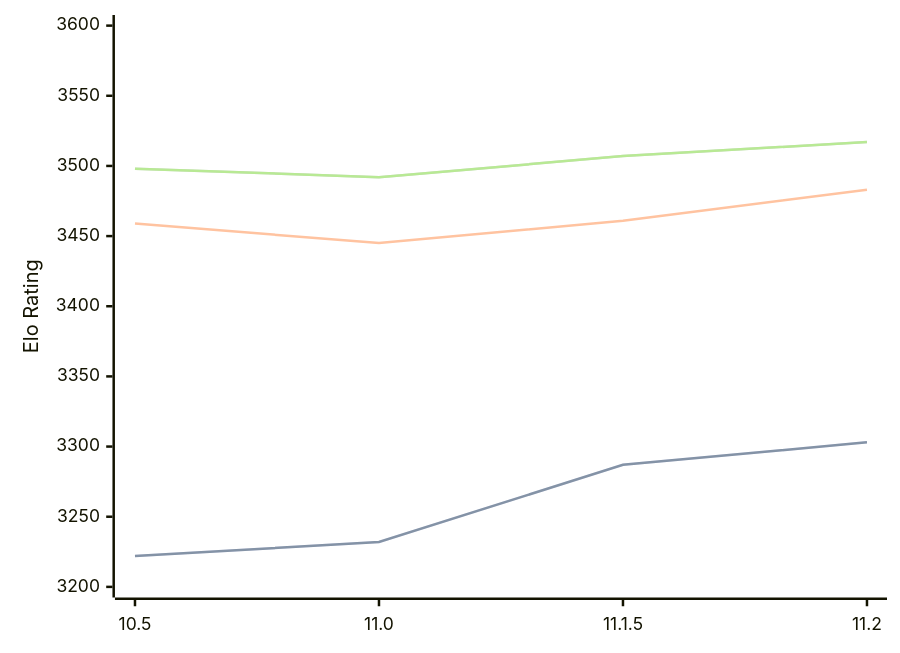
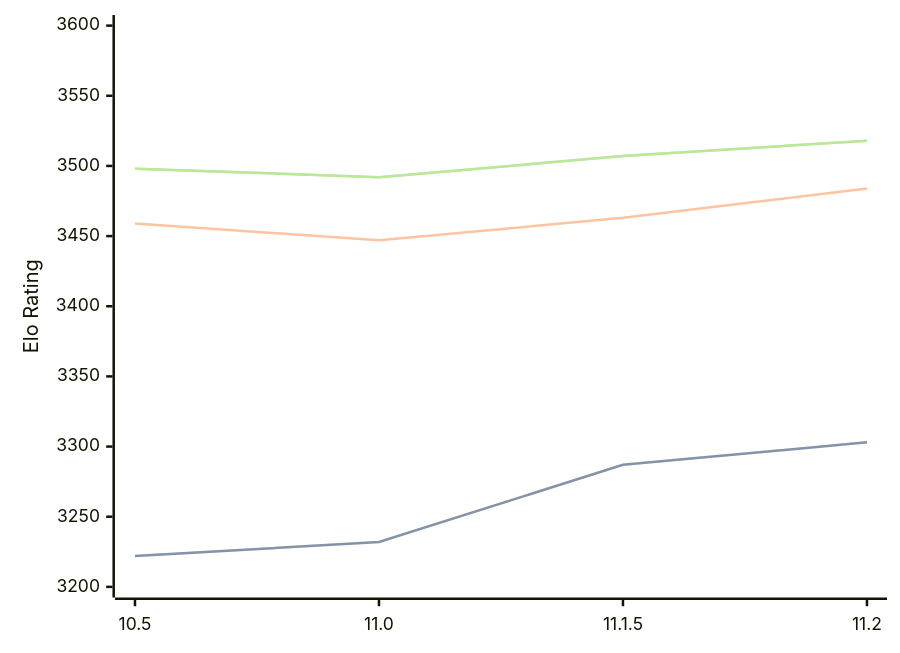
The diagram in engines/Lizard.md (computer-chess-index/cci), drawn with Mermaid before and after one commit. The commit also changed other lines of this file, not shown here.

Commit message:
Update CCI Ratings (ELO VLTC) - 2026-08-29

````diff
--- a/engines/Lizard.md
+++ b/engines/Lizard.md
@@ -34,11 +34,11 @@
 ```mermaid
 %%{init: {"theme":"base","themeVariables":{"seriesColors:['#a3a3a3','#222221','#faa371']}}}%%
 xychart-beta
   x-axis ["10.5", "11.0", "11.1.5", "11.2"]
   y-axis "Elo Rating" 3200 --> 3600
   line "" [3222, 3232, 3287, 3303]
   line "STC (8.0+0.08s)" [3222, 3232, 3287, 3303]
-  line "LTC (60.0+0.60s)" [3459, 3445, 3461, 3483]
-  line "" [3498, 3492, 3507, 3517]
-  line "VLTC (2m24s+1.12s)" [3498, 3492, 3507, 3517]
+  line "LTC (60.0+0.60s)" [3459, 3447, 3463, 3484]
+  line "" [3498, 3492, 3507, 3518]
+  line "VLTC (2m24s+1.12s)" [3498, 3492, 3507, 3518]
 ```
````
